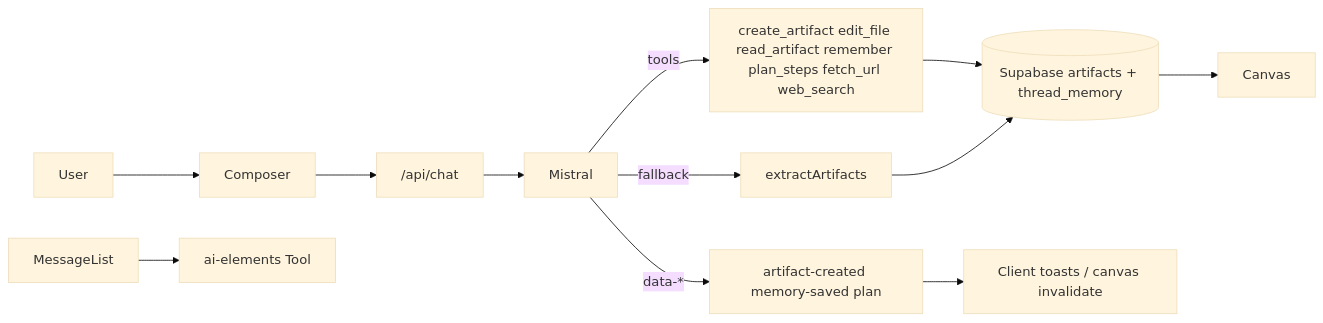
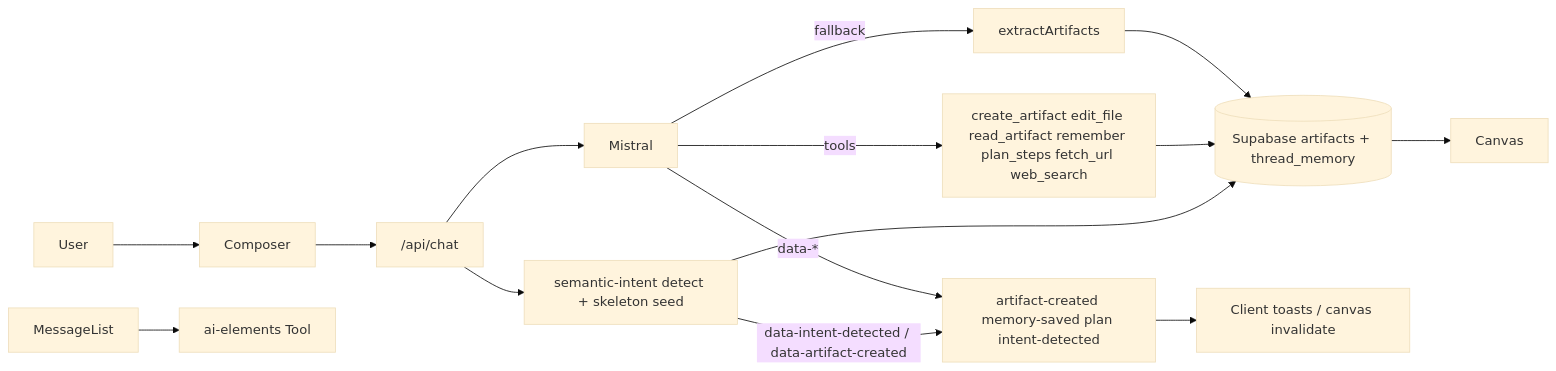
One commit to youh4ck3dme/cosy-app-kit changed the diagram in docs/product/architecture.md. Above: the diagram before and after it, drawn with Mermaid (base theme). The commit also changed other lines of this file and 13 other files, not shown here.

````diff
--- a/docs/product/architecture.md
+++ b/docs/product/architecture.md
@@ -3,14 +3,17 @@
 ```mermaid
 flowchart LR
   User --> Composer
   Composer --> ApiChat["/api/chat"]
+  ApiChat --> Intent["semantic-intent detect + skeleton seed"]
+  Intent -->|data-intent-detected / data-artifact-created| StreamParts
+  Intent --> DB[(Supabase artifacts + thread_memory)]
   ApiChat --> Mistral
   Mistral -->|tools| Tools["create_artifact edit_file read_artifact remember plan_steps fetch_url web_search"]
   Mistral -->|fallback| Fence["extractArtifacts"]
-  Mistral -->|data-*| StreamParts["artifact-created memory-saved plan"]
-  Tools --> DB[(Supabase artifacts + thread_memory)]
+  Mistral -->|data-*| StreamParts["artifact-created memory-saved plan intent-detected"]
+  Tools --> DB
   Fence --> DB
   StreamParts --> Toast[Client toasts / canvas invalidate]
   DB --> Canvas
   MessageList --> ToolUI[ai-elements Tool]
 ```
````
